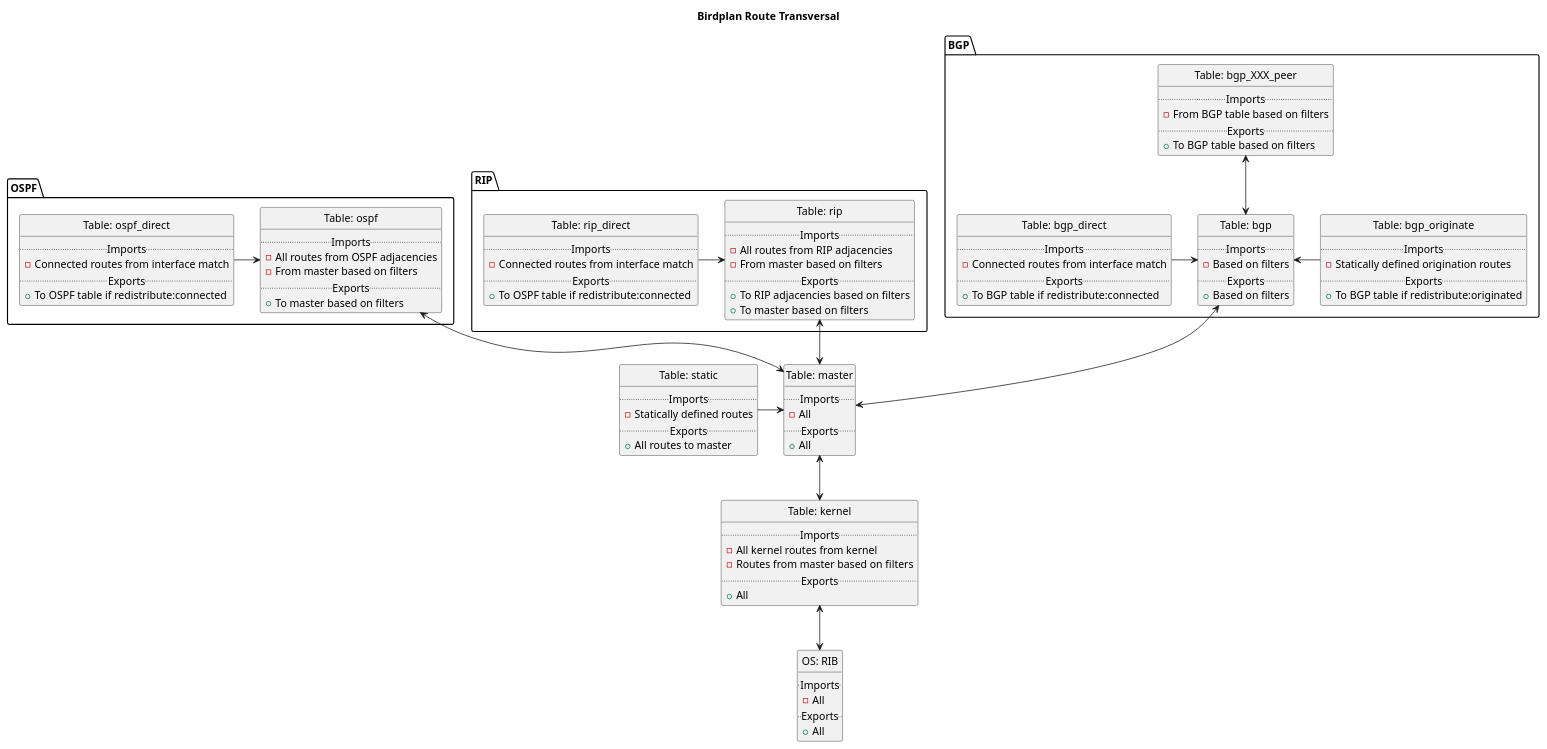
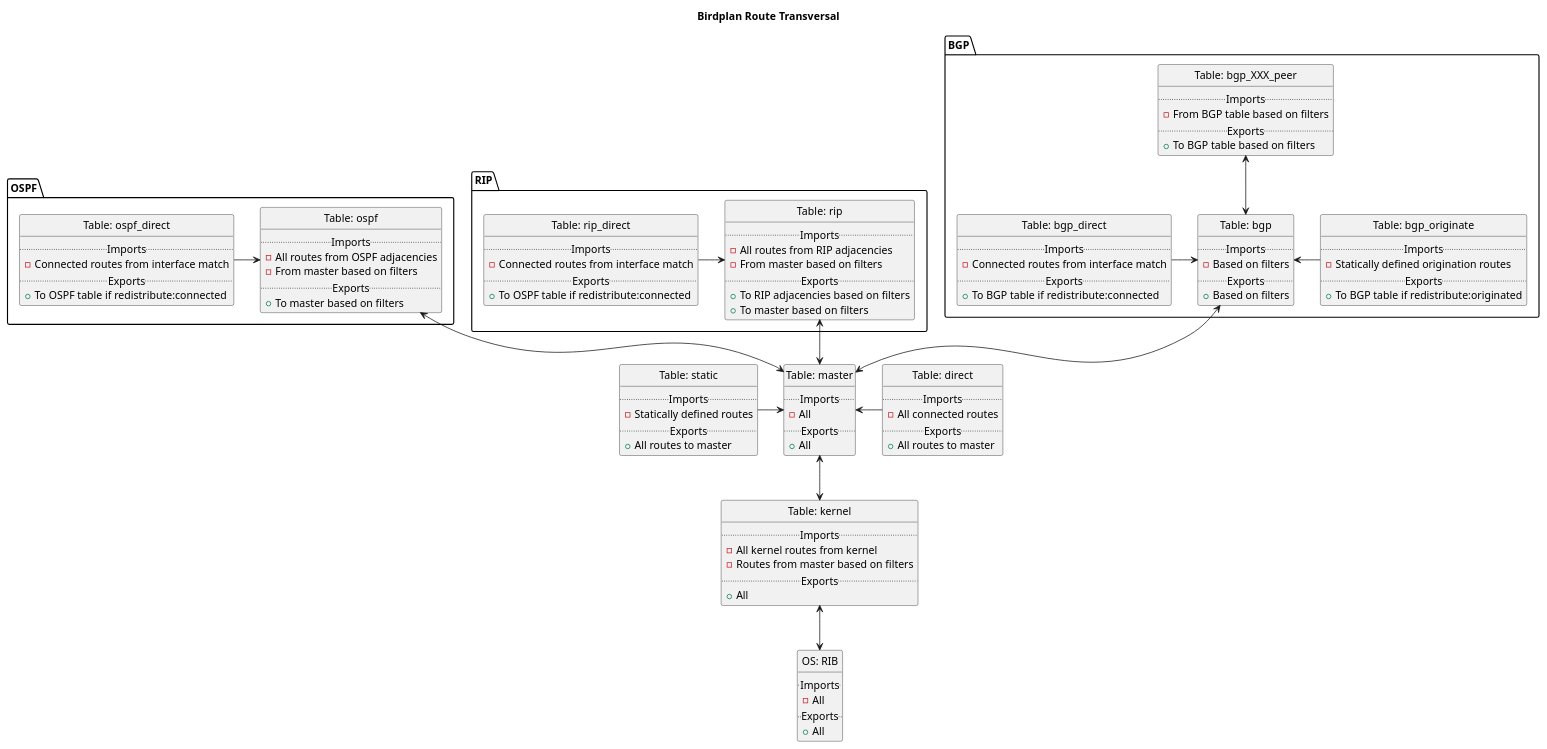
One commit to oscdev-io/birdplan changed the diagram in docs/route-transversal.md. Above: the diagram before and after it, drawn with PlantUML.

Commit message:
docs: Added missing direct table to the route transversal diagram

```diff
--- a/docs/route-transversal.md
+++ b/docs/route-transversal.md
@@ -11,6 +11,13 @@
 class "Table: static" {
   .. Imports ..
 - Statically defined routes
+  .. Exports ..
++ All routes to master
+}
+
+class "Table: direct" {
+  .. Imports ..
+- All connected routes
   .. Exports ..
 + All routes to master
 }
@@ -115,6 +122,7 @@
 "Table: master" <-up-> "Table: bgp"
 
 "Table: static" -> "Table: master"
+"Table: master" <- "Table: direct"
 
 "Table: ospf_direct" -> "Table: ospf"
 "Table: rip_direct" -> "Table: rip"
```
